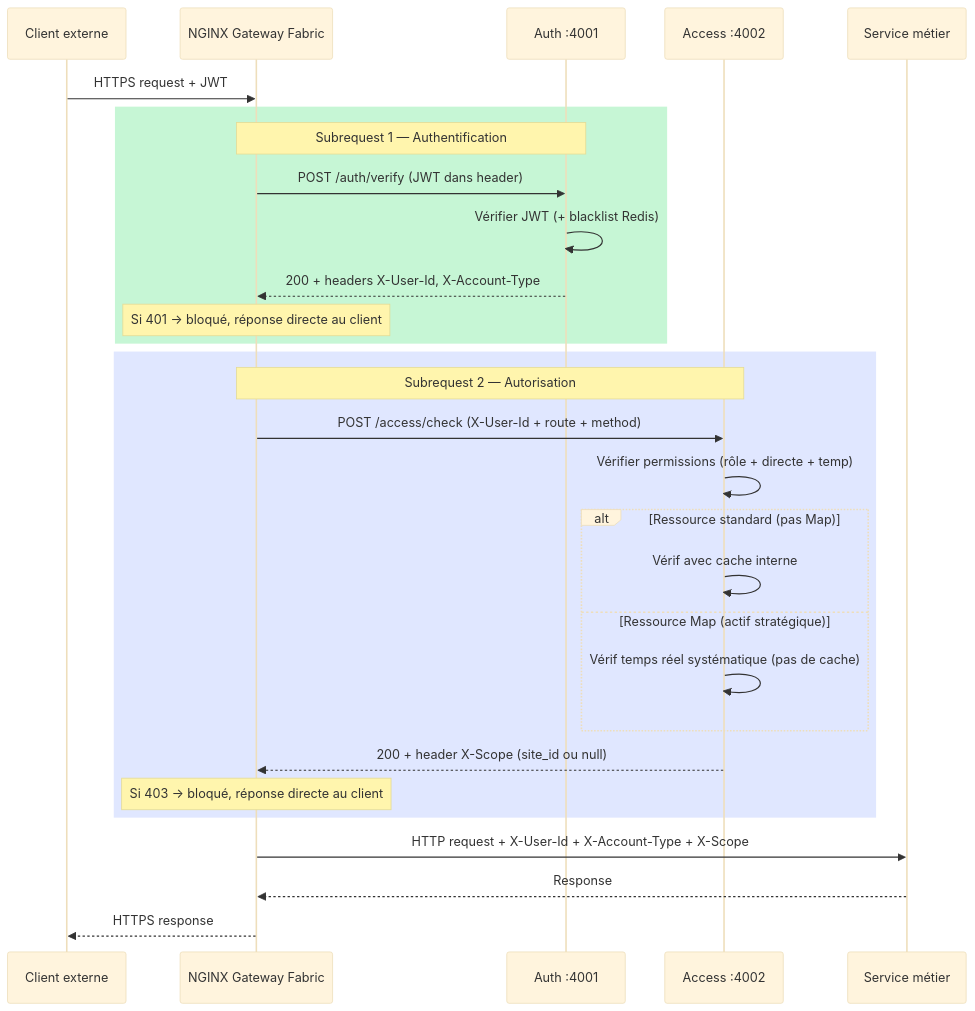
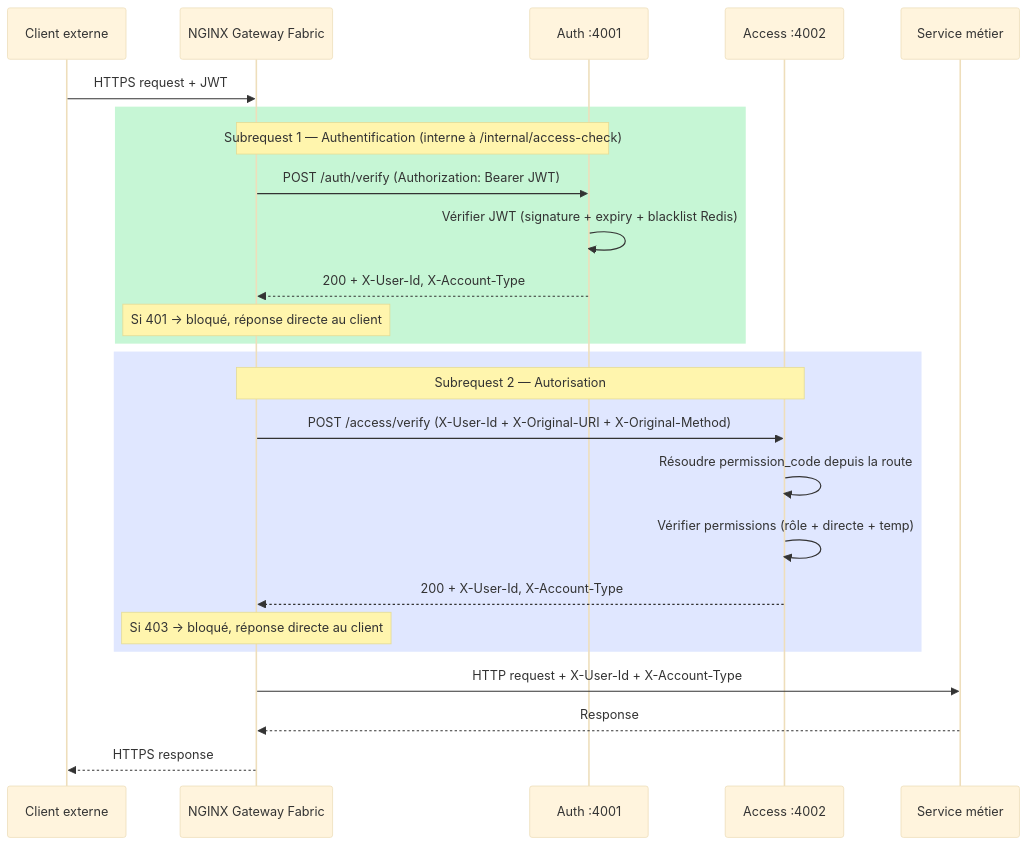
One commit to radu-lzr/dynaflow changed the second of 8 diagrams in dynolab/ARCHITECTURE.md. Above: the diagram before and after it, drawn with Mermaid (base theme). The commit also changed other lines of this file and 13 other files, not shown here.

````diff
--- a/dynolab/ARCHITECTURE.md
+++ b/dynolab/ARCHITECTURE.md
@@ -87,35 +87,31 @@
 ```mermaid
 sequenceDiagram
     participant C as Client externe
     participant NGX as NGINX Gateway Fabric
     participant A as Auth :4001
     participant AC as Access :4002
     participant S as Service métier
 
     C->>NGX: HTTPS request + JWT
 
     rect rgb(198, 246, 213)
-        Note over NGX,A: Subrequest 1 — Authentification
-        NGX->>A: POST /auth/verify (JWT dans header)
-        A->>A: Vérifier JWT (+ blacklist Redis)
-        A-->>NGX: 200 + headers X-User-Id, X-Account-Type
+        Note over NGX,A: Subrequest 1 — Authentification (interne à /internal/access-check)
+        NGX->>A: POST /auth/verify (Authorization: Bearer JWT)
+        A->>A: Vérifier JWT (signature + expiry + blacklist Redis)
+        A-->>NGX: 200 + X-User-Id, X-Account-Type
         Note over NGX: Si 401 → bloqué, réponse directe au client
     end
 
     rect rgb(224, 231, 255)
         Note over NGX,AC: Subrequest 2 — Autorisation
-        NGX->>AC: POST /access/check (X-User-Id + route + method)
+        NGX->>AC: POST /access/verify (X-User-Id + X-Original-URI + X-Original-Method)
+        AC->>AC: Résoudre permission_code depuis la route
         AC->>AC: Vérifier permissions (rôle + directe + temp)
-        alt Ressource standard (pas Map)
-            AC->>AC: Vérif avec cache interne
-        else Ressource Map (actif stratégique)
-            AC->>AC: Vérif temps réel systématique (pas de cache)
-        end
-        AC-->>NGX: 200 + header X-Scope (site_id ou null)
+        AC-->>NGX: 200 + X-User-Id, X-Account-Type
         Note over NGX: Si 403 → bloqué, réponse directe au client
     end
 
-    NGX->>S: HTTP request + X-User-Id + X-Account-Type + X-Scope
+    NGX->>S: HTTP request + X-User-Id + X-Account-Type
     S-->>NGX: Response
     NGX-->>C: HTTPS response
 ```
````
